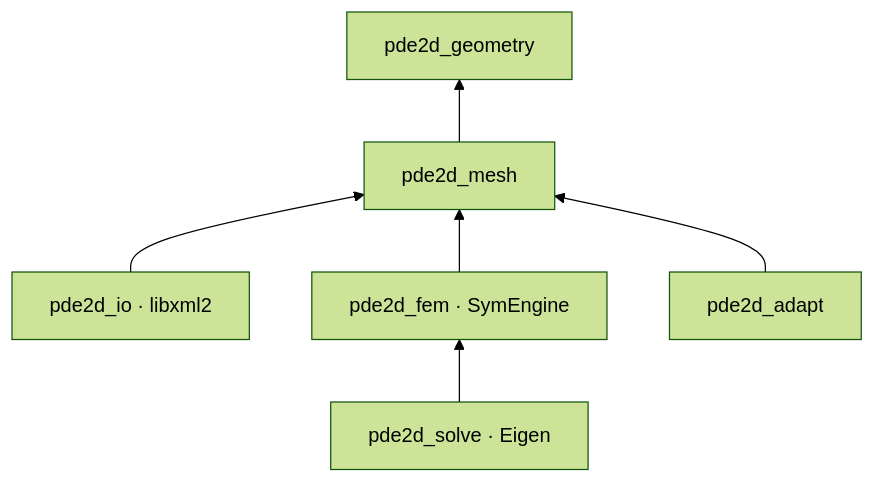
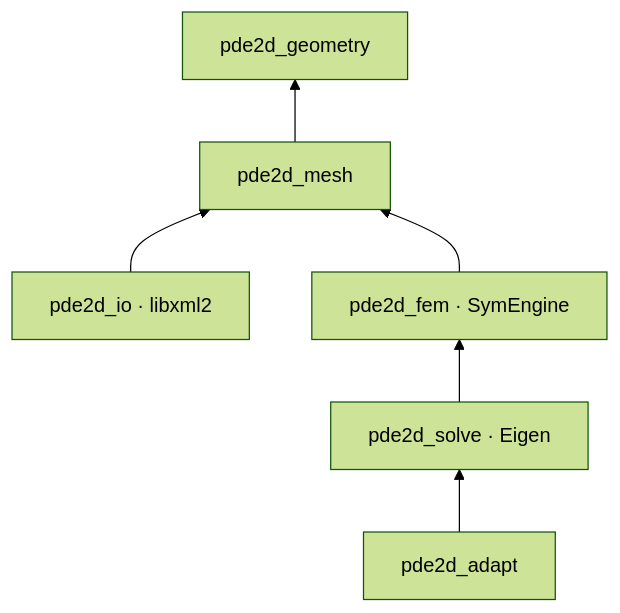
One commit to dmglushko/2d-pde changed the second of 12 diagrams in docs/architecture.md. Above: the diagram before and after it, drawn with Mermaid (forest theme). The commit also changed other lines of this file and 4 other files, not shown here.

````diff
--- a/docs/architecture.md
+++ b/docs/architecture.md
@@ -121,15 +124,15 @@
 ```mermaid
 flowchart BT
     GEO[pde2d_geometry]
     MESH[pde2d_mesh]
     IO["pde2d_io · libxml2"]
     FEM["pde2d_fem · SymEngine"]
     SOLVE["pde2d_solve · Eigen"]
     ADAPT[pde2d_adapt]
 
     MESH --> GEO
     IO --> MESH
     FEM --> MESH
     SOLVE --> FEM
-    ADAPT --> MESH
+    ADAPT --> SOLVE
 ```
````
